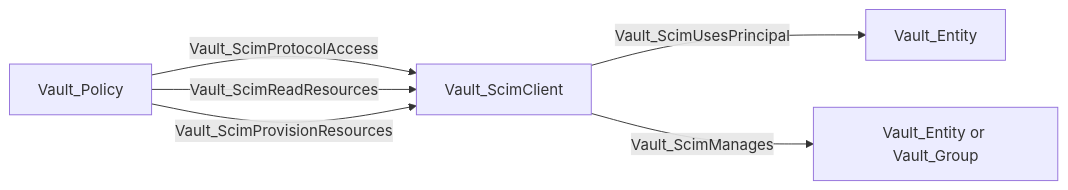
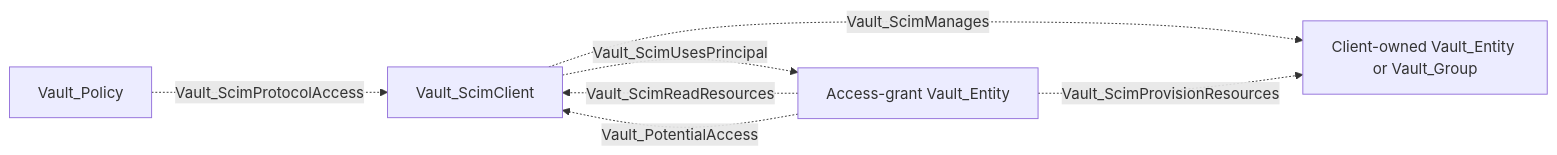
Diagram 11 of 11 in Documentation/stores/IDENTITY.md (bytewreck/opengraph-vault), drawn with Mermaid before and after one commit. The commit also changed other lines of this file and 3 other files, not shown here.

````diff
--- a/Documentation/stores/IDENTITY.md
+++ b/Documentation/stores/IDENTITY.md
@@ -193,8 +193,9 @@
 ```mermaid
 flowchart LR
-    client[Vault_ScimClient] -->|Vault_ScimUsesPrincipal| principal[Vault_Entity]
-    client -->|Vault_ScimManages| resource[Vault_Entity or Vault_Group]
-    policy[Vault_Policy] -->|Vault_ScimProtocolAccess| client
-    policy -->|Vault_ScimReadResources| client
-    policy -->|Vault_ScimProvisionResources| client
+    client[Vault_ScimClient] -.->|Vault_ScimUsesPrincipal| principal[Access-grant Vault_Entity]
+    client -.->|Vault_ScimManages| resource["Client-owned Vault_Entity or Vault_Group"]
+    policy[Vault_Policy] -.->|Vault_ScimProtocolAccess| client
+    principal -.->|Vault_ScimReadResources| client
+    principal -.->|Vault_ScimProvisionResources| resource
+    principal -.->|Vault_PotentialAccess| client
 ```
````
